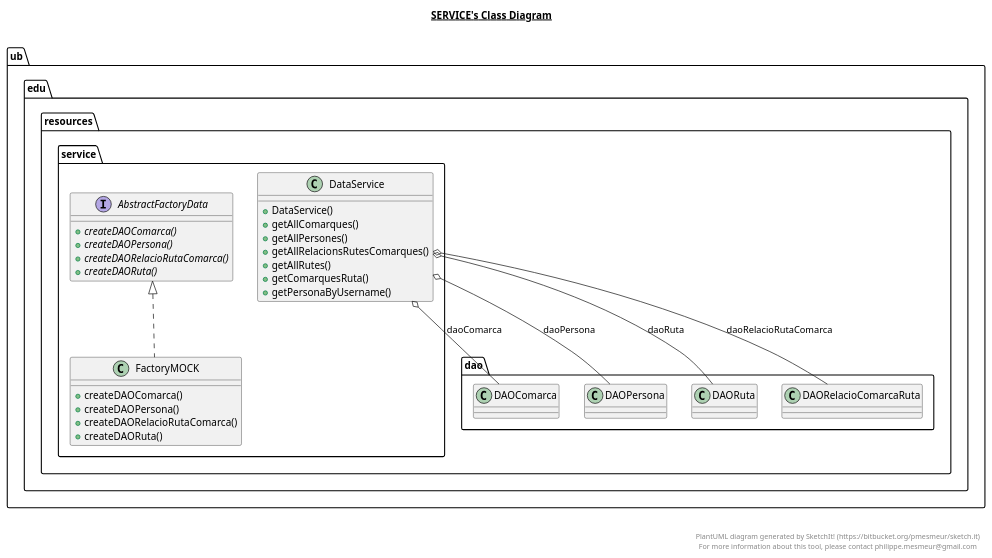
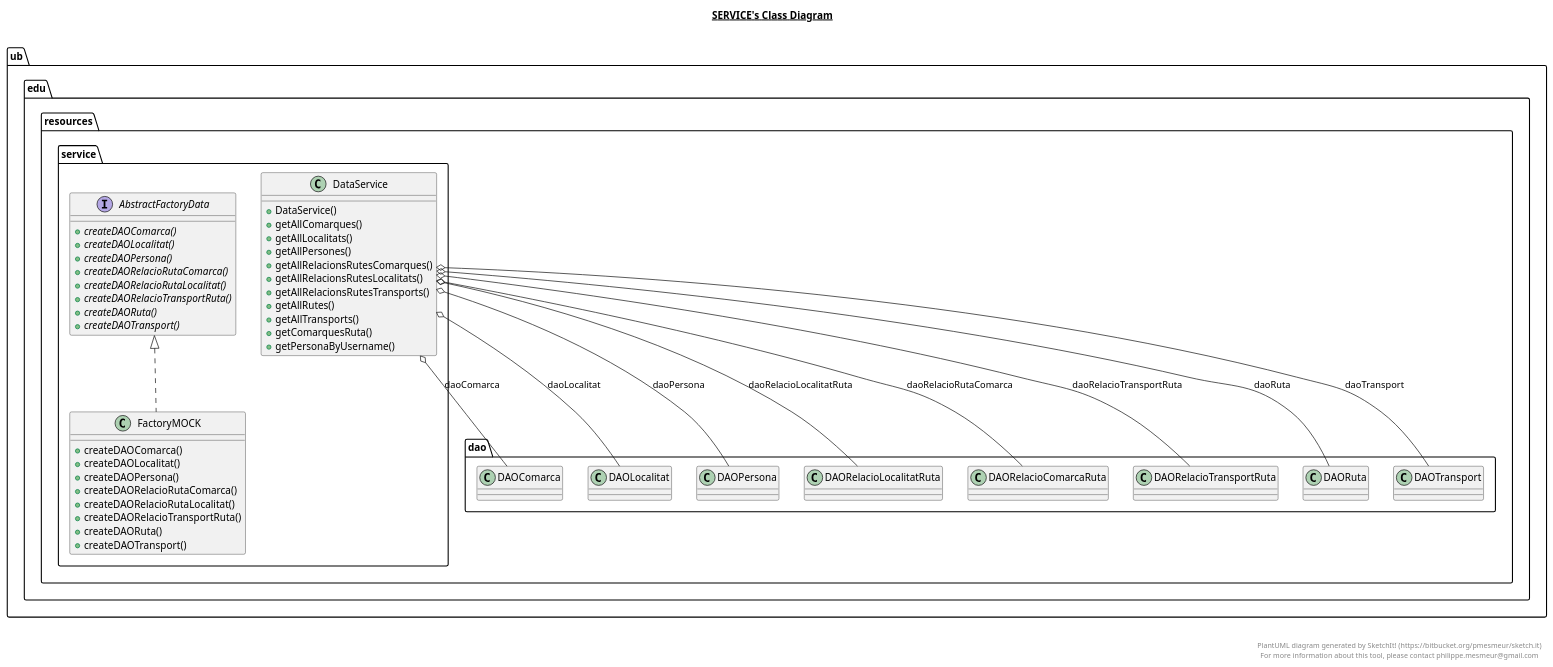
Before and after one commit to Samot2003/p3-tripu-dao-a12_reava: the diagram in out/production/p2-tripu-dao-a12/ub/edu/resources/service/service.plantuml, drawn with PlantUML. The commit also changed 30 other files, not shown here.

```diff
--- a/out/production/p2-tripu-dao-a12/ub/edu/resources/service/service.plantuml
+++ b/out/production/p2-tripu-dao-a12/ub/edu/resources/service/service.plantuml
@@ -1,52 +1,68 @@
 @startuml
 
 title __SERVICE's Class Diagram__\n
 
   namespace ub.edu.resources.service {
     interface ub.edu.resources.service.AbstractFactoryData {
         {abstract} + createDAOComarca()
+        {abstract} + createDAOLocalitat()
         {abstract} + createDAOPersona()
         {abstract} + createDAORelacioRutaComarca()
+        {abstract} + createDAORelacioRutaLocalitat()
+        {abstract} + createDAORelacioTransportRuta()
         {abstract} + createDAORuta()
+        {abstract} + createDAOTransport()
     }
   }
   
 
   namespace ub.edu.resources.service {
     class ub.edu.resources.service.DataService {
         + DataService()
         + getAllComarques()
+        + getAllLocalitats()
         + getAllPersones()
         + getAllRelacionsRutesComarques()
+        + getAllRelacionsRutesLocalitats()
+        + getAllRelacionsRutesTransports()
         + getAllRutes()
+        + getAllTransports()
         + getComarquesRuta()
         + getPersonaByUsername()
     }
   }
   
 
   namespace ub.edu.resources.service {
     class ub.edu.resources.service.FactoryMOCK {
         + createDAOComarca()
+        + createDAOLocalitat()
         + createDAOPersona()
         + createDAORelacioRutaComarca()
+        + createDAORelacioRutaLocalitat()
+        + createDAORelacioTransportRuta()
         + createDAORuta()
+        + createDAOTransport()
     }
   }
   
 
   ub.edu.resources.service.DataService o-- ub.edu.resources.dao.DAOComarca : daoComarca
+  ub.edu.resources.service.DataService o-- ub.edu.resources.dao.DAOLocalitat : daoLocalitat
   ub.edu.resources.service.DataService o-- ub.edu.resources.dao.DAOPersona : daoPersona
-   ub.edu.resources.service.DataService o-- ub.edu.resources.dao.DAORuta : daoRuta
- ub.edu.resources.service.DataService o-- ub.edu.resources.dao.DAORelacioComarcaRuta : daoRelacioRutaComarca
-   ub.edu.resources.service.FactoryMOCK .up.|> ub.edu.resources.service.AbstractFactoryData
+  ub.edu.resources.service.DataService o-- ub.edu.resources.dao.DAORelacioLocalitatRuta : daoRelacioLocalitatRuta
+  ub.edu.resources.service.DataService o-- ub.edu.resources.dao.DAORelacioComarcaRuta : daoRelacioRutaComarca
+  ub.edu.resources.service.DataService o-- ub.edu.resources.dao.DAORelacioTransportRuta : daoRelacioTransportRuta
+  ub.edu.resources.service.DataService o-- ub.edu.resources.dao.DAORuta : daoRuta
+  ub.edu.resources.service.DataService o-- ub.edu.resources.dao.DAOTransport : daoTransport
+  ub.edu.resources.service.FactoryMOCK .up.|> ub.edu.resources.service.AbstractFactoryData
 
 
 right footer
 
 
 PlantUML diagram generated by SketchIt! (https://bitbucket.org/pmesmeur/sketch.it)
 For more information about this tool, please contact philippe.mesmeur@gmail.com
 endfooter
 
 @enduml
```
